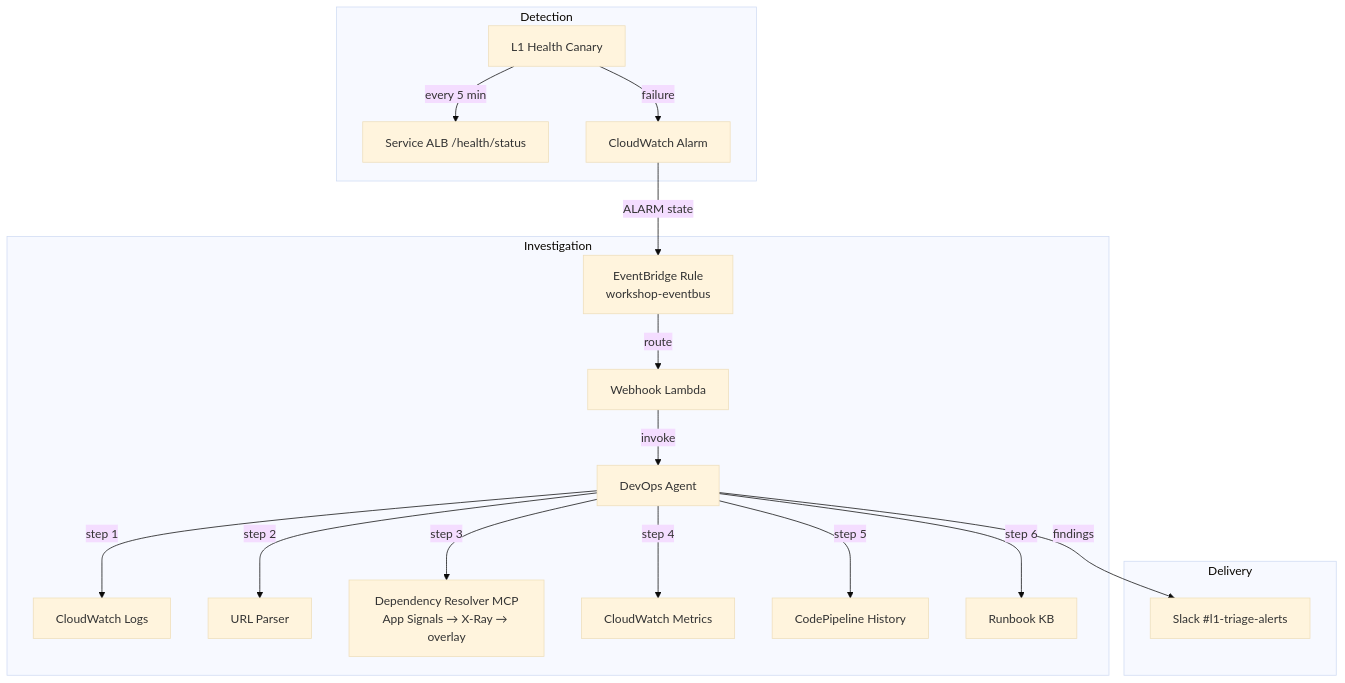
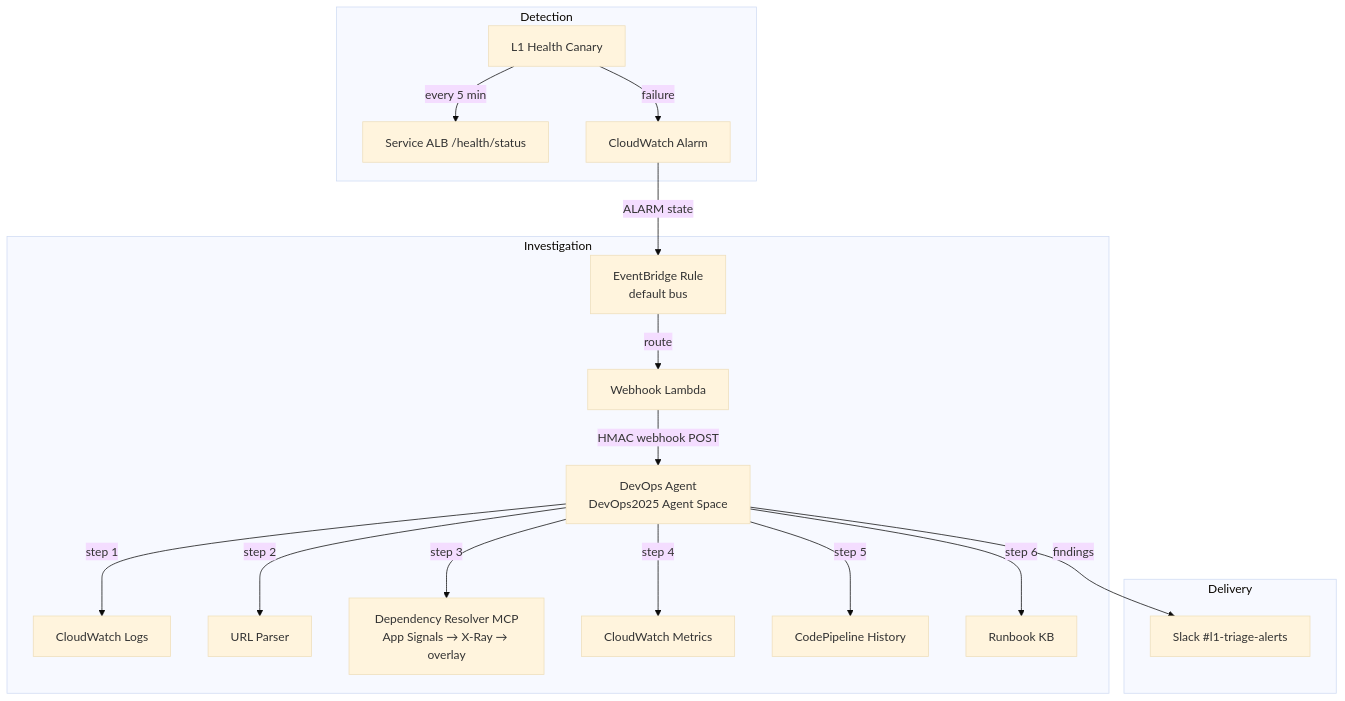
The first of 2 diagrams in .kiro/specs/l1-automated-triage/design.md (tez-tm/one-observability-demo), drawn with Mermaid (base theme) before and after one commit. The commit also changed other lines of this file and 17 other files, not shown here.

First line of the commit message:
feat(l1-triage): Add Slice 2 routing (alarm -> EventBridge -> webhook)

````diff
--- a/.kiro/specs/l1-automated-triage/design.md
+++ b/.kiro/specs/l1-automated-triage/design.md
@@ -45,23 +45,23 @@
 ```mermaid
 flowchart TD
     subgraph Detection
         C[L1 Health Canary] -->|every 5 min| ALB[Service ALB /health/status]
         C -->|failure| CW[CloudWatch Alarm]
     end
 
     subgraph Investigation
-        CW -->|ALARM state| EB[EventBridge Rule<br/>workshop-eventbus]
+        CW -->|ALARM state| EB[EventBridge Rule<br/>default bus]
         EB -->|route| WH[Webhook Lambda]
-        WH -->|invoke| DA[DevOps Agent]
+        WH -->|HMAC webhook POST| DA[DevOps Agent<br/>DevOps2025 Agent Space]
         DA -->|step 1| CWL[CloudWatch Logs]
         DA -->|step 2| URL[URL Parser]
         DA -->|step 3| MCP[Dependency Resolver MCP<br/>App Signals → X-Ray → overlay]
         DA -->|step 4| CWM[CloudWatch Metrics]
         DA -->|step 5| CP[CodePipeline History]
         DA -->|step 6| KB[Runbook KB]
     end
 
     subgraph Delivery
         DA -->|findings| SL[Slack #l1-triage-alerts]
     end
 ```
````
